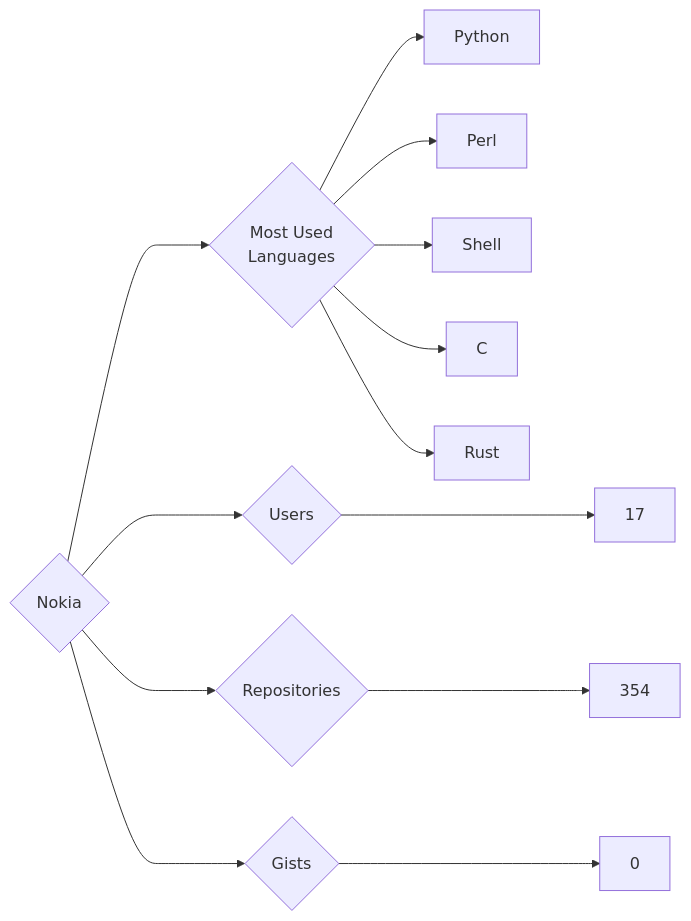
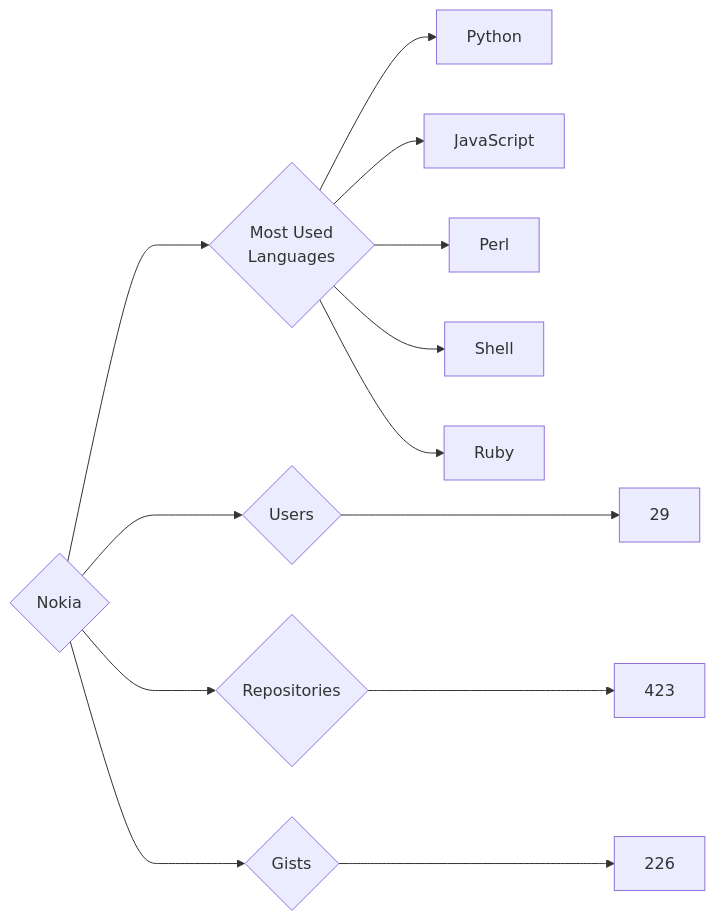
One commit to trickest/insiders changed the diagram in targets/Nokia/README.md. Above: the diagram before and after it, drawn with Mermaid. The commit also changed 997 other files, not shown here.

````diff
--- a/targets/Nokia/README.md
+++ b/targets/Nokia/README.md
@@ -3,13 +3,13 @@
 ```mermaid
 graph LR
 COMPANY_NAME{Nokia}
-COMPANY_NAME ---> U{Users} ---> UN[17]
-COMPANY_NAME ---> R{Repositories} ---> RN[354]
-COMPANY_NAME ---> G{Gists} ---> GN[0]
+COMPANY_NAME ---> U{Users} ---> UN[29]
+COMPANY_NAME ---> R{Repositories} ---> RN[423]
+COMPANY_NAME ---> G{Gists} ---> GN[226]
 COMPANY_NAME ---> ML{Most Used<br>Languages}
-ML --> Python
-ML --> Perl
-ML --> Shell
-ML --> C
-ML --> Rust
+ML --> Python[Python]
+ML --> JavaScript[JavaScript]
+ML --> Perl[Perl]
+ML --> Shell[Shell]
+ML --> Ruby[Ruby]
 ```
````
